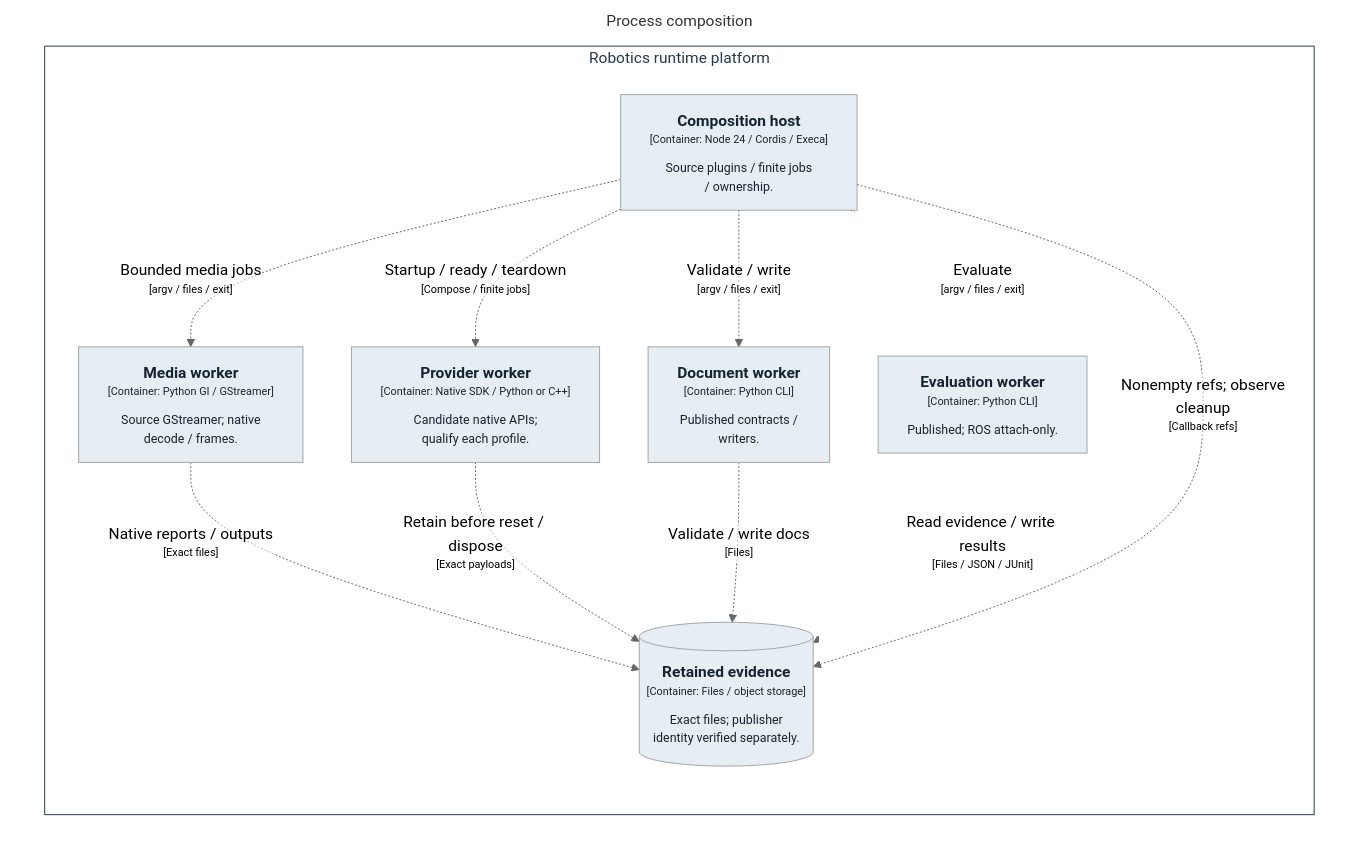
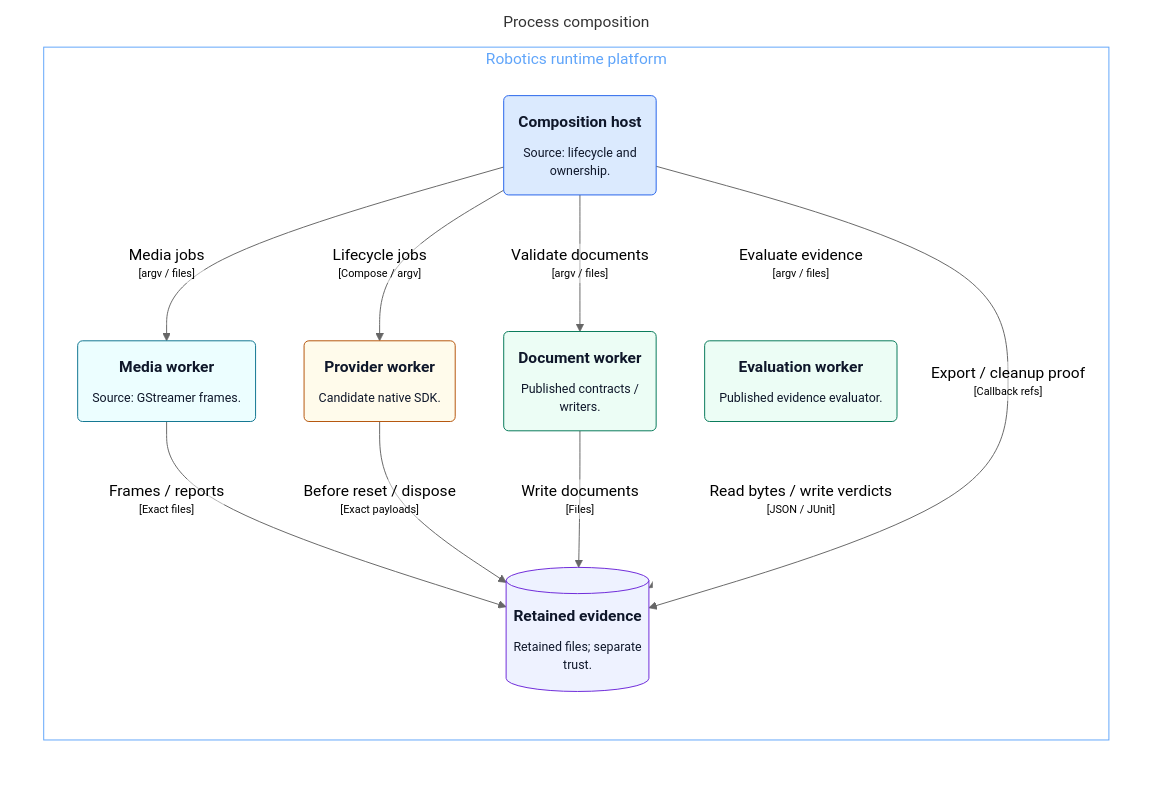
One commit to mmkolpakov/robotics-runtime changed the diagram in docs/architecture/generated/structurizr-Container.mmd. Above: the diagram before and after it, drawn with Mermaid (neutral theme). The commit also changed 23 other files, not shown here.

Commit message:
Improve architecture diagrams and README navigation

```diff
--- a/docs/architecture/generated/structurizr-Container.mmd
+++ b/docs/architecture/generated/structurizr-Container.mmd
@@ -1,34 +1,34 @@
 graph LR
   linkStyle default fill:#ffffff
 
   subgraph diagram ["Process composition"]
     style diagram fill:#ffffff,stroke:#ffffff
 
     subgraph 7 ["Robotics runtime platform"]
-      style 7 fill:#ffffff,stroke:#253a4d,color:#253a4d
+      style 7 fill:#ffffff,stroke:#60a5fa,color:#60a5fa
 
-      10["<div style='font-weight: bold'>Evaluation worker</div><div style='font-size: 70%; margin-top: 0px'>[Container: Python CLI]</div><div style='font-size: 80%; margin-top:10px'>Published; ROS attach-only.</div>"]
-      style 10 fill:#e6edf3,stroke:#a1a5aa,color:#172431
-      11["<div style='font-weight: bold'>Provider worker</div><div style='font-size: 70%; margin-top: 0px'>[Container: Native SDK / Python or C++]</div><div style='font-size: 80%; margin-top:10px'>Candidate native APIs;<br />qualify each profile.</div>"]
-      style 11 fill:#e6edf3,stroke:#a1a5aa,color:#172431
-      12["<div style='font-weight: bold'>Media worker</div><div style='font-size: 70%; margin-top: 0px'>[Container: Python GI / GStreamer]</div><div style='font-size: 80%; margin-top:10px'>Source GStreamer; native<br />decode / frames.</div>"]
-      style 12 fill:#e6edf3,stroke:#a1a5aa,color:#172431
-      13[("<div style='font-weight: bold'>Retained evidence</div><div style='font-size: 70%; margin-top: 0px'>[Container: Files / object storage]</div><div style='font-size: 80%; margin-top:10px'>Exact files; publisher<br />identity verified separately.</div>")]
-      style 13 fill:#e6edf3,stroke:#a1a5aa,color:#172431
-      8["<div style='font-weight: bold'>Composition host</div><div style='font-size: 70%; margin-top: 0px'>[Container: Node 24 / Cordis / Execa]</div><div style='font-size: 80%; margin-top:10px'>Source plugins / finite jobs<br />/ ownership.</div>"]
-      style 8 fill:#e6edf3,stroke:#a1a5aa,color:#172431
-      9["<div style='font-weight: bold'>Document worker</div><div style='font-size: 70%; margin-top: 0px'>[Container: Python CLI]</div><div style='font-size: 80%; margin-top:10px'>Published contracts /<br />writers.</div>"]
-      style 9 fill:#e6edf3,stroke:#a1a5aa,color:#172431
+      10("<div style='font-weight: bold'>Evaluation worker</div><div style='font-size: 80%; margin-top:10px'>Published evidence evaluator.</div>")
+      style 10 fill:#ecfdf5,stroke:#047857,color:#0f172a
+      11("<div style='font-weight: bold'>Provider worker</div><div style='font-size: 80%; margin-top:10px'>Candidate native SDK.</div>")
+      style 11 fill:#fffbeb,stroke:#b45309,color:#0f172a
+      12("<div style='font-weight: bold'>Media worker</div><div style='font-size: 80%; margin-top:10px'>Source: GStreamer frames.</div>")
+      style 12 fill:#ecfeff,stroke:#0e7490,color:#0f172a
+      13[("<div style='font-weight: bold'>Retained evidence</div><div style='font-size: 80%; margin-top:10px'>Retained files; separate<br />trust.</div>")]
+      style 13 fill:#eef2ff,stroke:#6d28d9,color:#0f172a
+      8("<div style='font-weight: bold'>Composition host</div><div style='font-size: 80%; margin-top:10px'>Source: lifecycle and<br />ownership.</div>")
+      style 8 fill:#dbeafe,stroke:#2563eb,color:#0f172a
+      9("<div style='font-weight: bold'>Document worker</div><div style='font-size: 80%; margin-top:10px'>Published contracts /<br />writers.</div>")
+      style 9 fill:#ecfdf5,stroke:#047857,color:#0f172a
     end
 
-    8-. "<div>Validate / write</div><div style='font-size: 70%'>[argv / files / exit]</div>" .->9
-    8-. "<div>Evaluate</div><div style='font-size: 70%'>[argv / files / exit]</div>" .->10
-    8-. "<div>Startup / ready / teardown</div><div style='font-size: 70%'>[Compose / finite jobs]</div>" .->11
-    8-. "<div>Bounded media jobs</div><div style='font-size: 70%'>[argv / files / exit]</div>" .->12
-    12-. "<div>Native reports / outputs</div><div style='font-size: 70%'>[Exact files]</div>" .->13
-    11-. "<div>Retain before reset / dispose</div><div style='font-size: 70%'>[Exact payloads]</div>" .->13
-    9-. "<div>Validate / write docs</div><div style='font-size: 70%'>[Files]</div>" .->13
-    10-. "<div>Read evidence / write results</div><div style='font-size: 70%'>[Files / JSON / JUnit]</div>" .->13
-    8-. "<div>Nonempty refs; observe<br />cleanup</div><div style='font-size: 70%'>[Callback refs]</div>" .->13
+    8-- "<div>Validate documents</div><div style='font-size: 70%'>[argv / files]</div>" -->9
+    8-- "<div>Evaluate evidence</div><div style='font-size: 70%'>[argv / files]</div>" -->10
+    8-- "<div>Lifecycle jobs</div><div style='font-size: 70%'>[Compose / argv]</div>" -->11
+    8-- "<div>Media jobs</div><div style='font-size: 70%'>[argv / files]</div>" -->12
+    12-- "<div>Frames / reports</div><div style='font-size: 70%'>[Exact files]</div>" -->13
+    11-- "<div>Before reset / dispose</div><div style='font-size: 70%'>[Exact payloads]</div>" -->13
+    9-- "<div>Write documents</div><div style='font-size: 70%'>[Files]</div>" -->13
+    10-- "<div>Read bytes / write verdicts</div><div style='font-size: 70%'>[JSON / JUnit]</div>" -->13
+    8-- "<div>Export / cleanup proof</div><div style='font-size: 70%'>[Callback refs]</div>" -->13
 
   end
```
